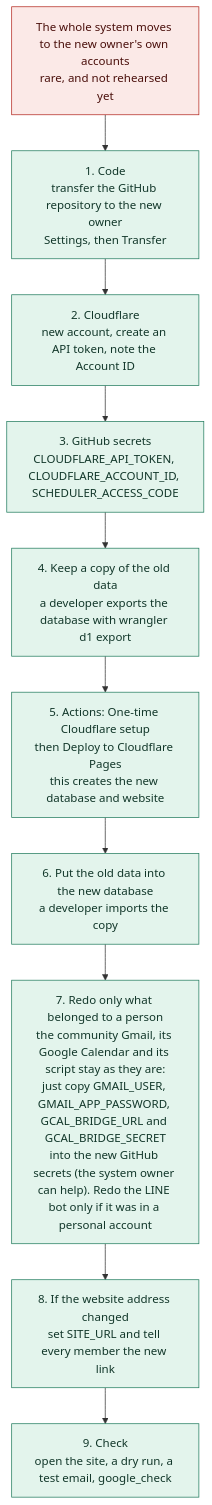
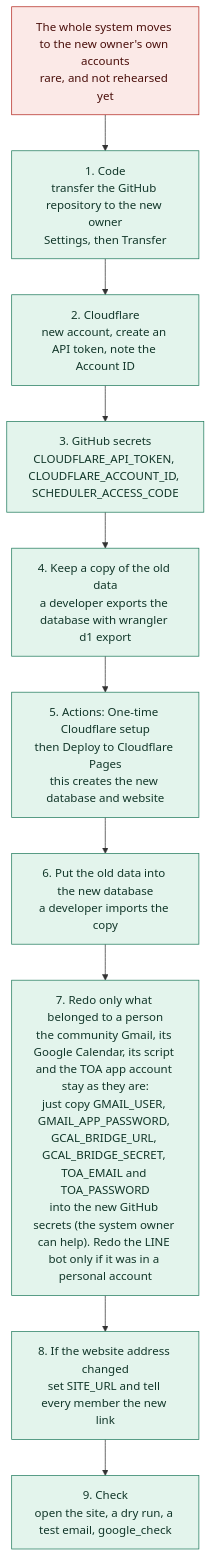
One commit to mushaffarasyidridha/Jumat-Scheduler-NAIST changed diagram 13 of 14 in docs/GUIDE.md. Above: the diagram before and after it, drawn with Mermaid. The commit also changed other lines of this file and 20 other files, not shown here.

````diff
--- a/docs/GUIDE.md
+++ b/docs/GUIDE.md
@@ -506,17 +518,17 @@
 ```mermaid
 flowchart TD
   A["The whole system moves to the new owner's own accounts<br/>rare, and not rehearsed yet"] --> B["1. Code<br/>transfer the GitHub repository to the new owner<br/>Settings, then Transfer"]
   B --> C["2. Cloudflare<br/>new account, create an API token, note the Account ID"]
   C --> D["3. GitHub secrets<br/>CLOUDFLARE_API_TOKEN, CLOUDFLARE_ACCOUNT_ID, SCHEDULER_ACCESS_CODE"]
   D --> E["4. Keep a copy of the old data<br/>a developer exports the database with wrangler d1 export"]
   E --> F["5. Actions: One-time Cloudflare setup<br/>then Deploy to Cloudflare Pages<br/>this creates the new database and website"]
   F --> G["6. Put the old data into the new database<br/>a developer imports the copy"]
-  G --> H["7. Redo only what belonged to a person<br/>the community Gmail, its Google Calendar and its script stay as they are:<br/>just copy GMAIL_USER, GMAIL_APP_PASSWORD, GCAL_BRIDGE_URL and GCAL_BRIDGE_SECRET<br/>into the new GitHub secrets (the system owner can help). Redo the LINE bot only if it was in a personal account"]
+  G --> H["7. Redo only what belonged to a person<br/>the community Gmail, its Google Calendar, its script and the TOA app account stay as they are:<br/>just copy GMAIL_USER, GMAIL_APP_PASSWORD, GCAL_BRIDGE_URL, GCAL_BRIDGE_SECRET, TOA_EMAIL and TOA_PASSWORD<br/>into the new GitHub secrets (the system owner can help). Redo the LINE bot only if it was in a personal account"]
   H --> I["8. If the website address changed<br/>set SITE_URL and tell every member the new link"]
   I --> J["9. Check<br/>open the site, a dry run, a test email, google_check"]
 
   classDef admin fill:#e3f4ec,stroke:#1f7a5c,color:#12372a
   classDef warn fill:#fbe9e7,stroke:#b3261e,color:#4a0f0b
   class A warn
   class B,C,D,E,F,G,H,I,J admin
 ```
````
